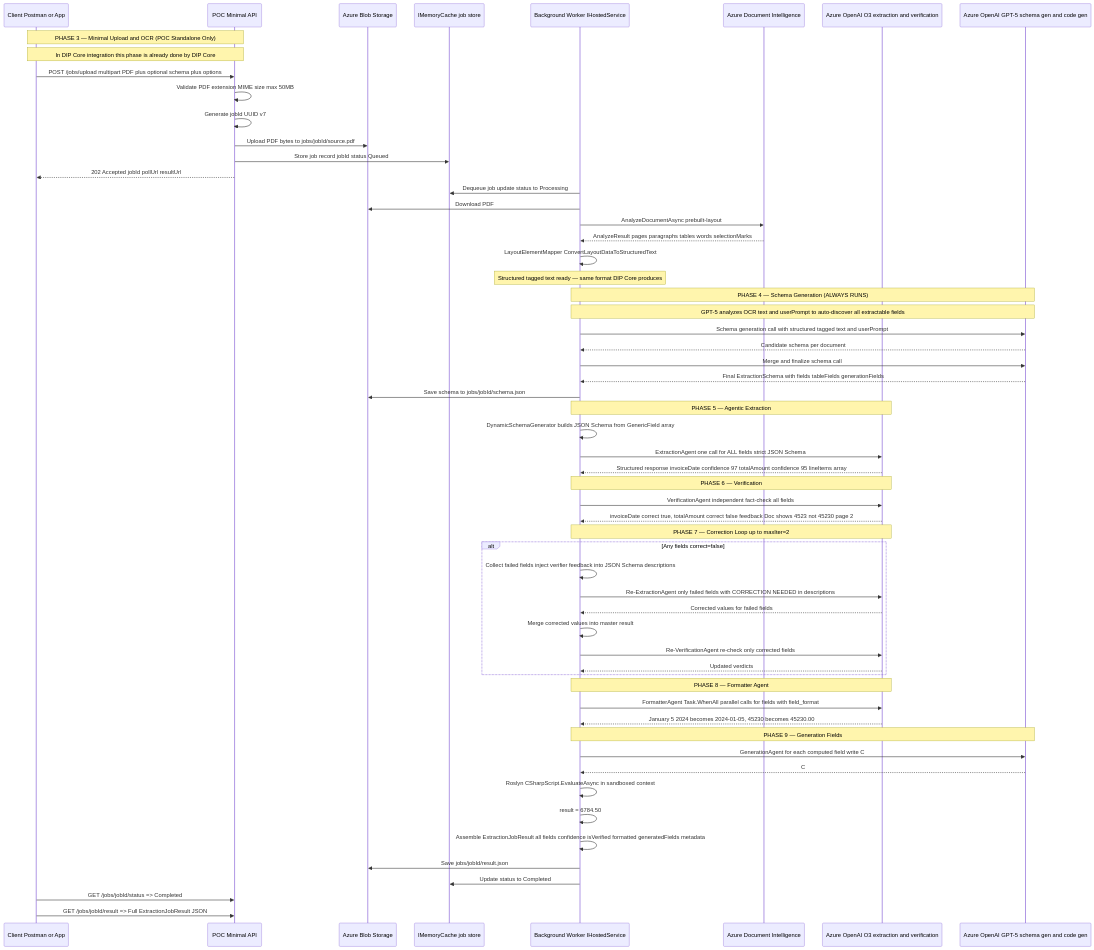
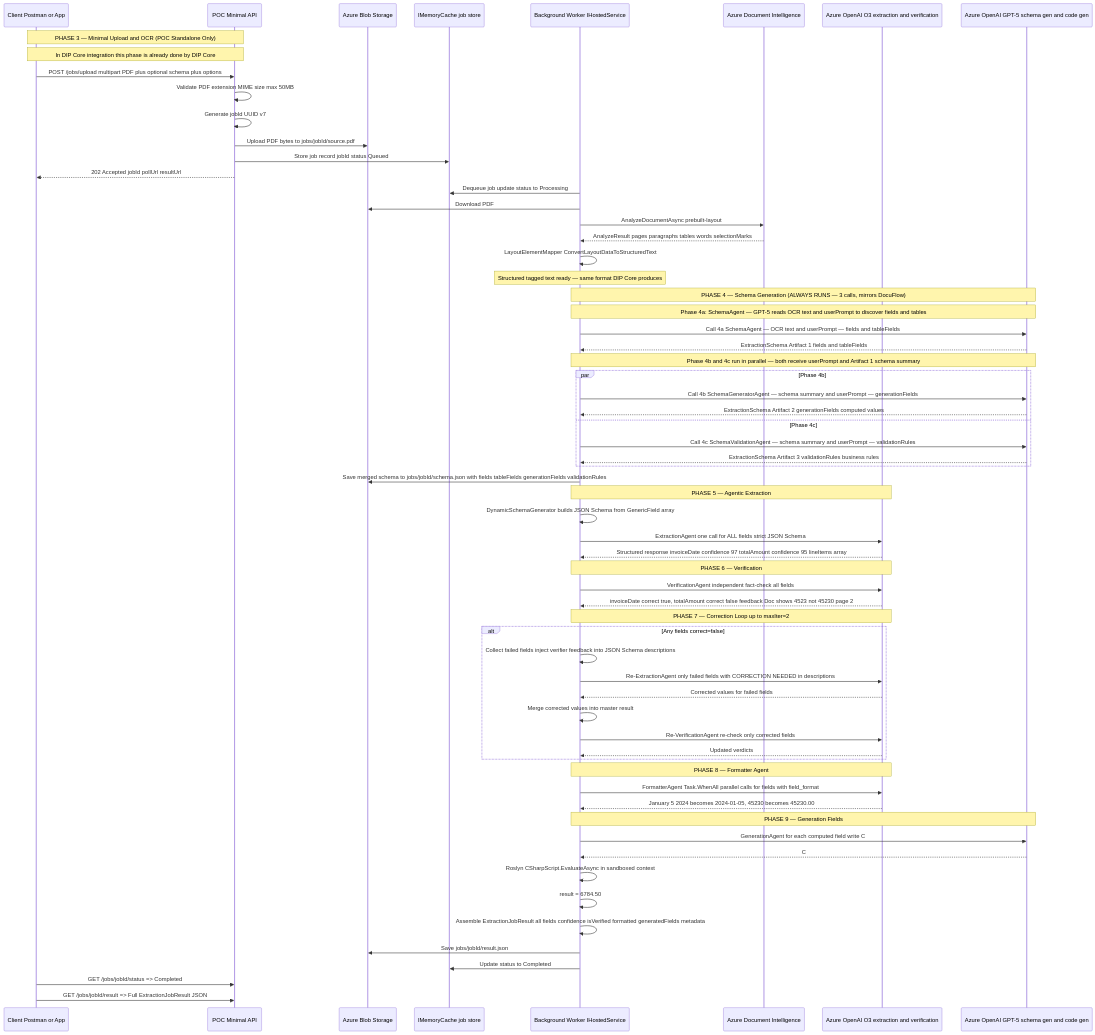
Before and after one commit to Vikky9135/Document_Extraction_POC: the third of 14 diagrams in reference/POC_AGENTIC_EXTRACTION_PLAN.md, drawn with Mermaid. The commit also changed other lines of this file and 1 other file, not shown here.

```diff
--- a/reference/POC_AGENTIC_EXTRACTION_PLAN.md
+++ b/reference/POC_AGENTIC_EXTRACTION_PLAN.md
@@ -238,14 +239,23 @@
     BG->>BG: LayoutElementMapper ConvertLayoutDataToStructuredText
     Note over BG: Structured tagged text ready — same format DIP Core produces
 
-    Note over BG,OAI_5: PHASE 4 — Schema Generation (ALWAYS RUNS)
-    Note over BG,OAI_5: GPT-5 analyzes OCR text and userPrompt to auto-discover all extractable fields
+    Note over BG,OAI_5: PHASE 4 — Schema Generation (ALWAYS RUNS — 3 calls, mirrors DocuFlow)
+    Note over BG,OAI_5: Phase 4a: SchemaAgent — GPT-5 reads OCR text and userPrompt to discover fields and tables
 
-    BG->>OAI_5: Schema generation call with structured tagged text and userPrompt
-    OAI_5-->>BG: Candidate schema per document
-    BG->>OAI_5: Merge and finalize schema call
-    OAI_5-->>BG: Final ExtractionSchema with fields tableFields generationFields
-    BG->>BLOB: Save schema to jobs/jobId/schema.json
+    BG->>OAI_5: Call 4a SchemaAgent — OCR text and userPrompt — fields and tableFields
+    OAI_5-->>BG: ExtractionSchema Artifact 1 fields and tableFields
+
+    Note over BG,OAI_5: Phase 4b and 4c run in parallel — both receive userPrompt and Artifact 1 schema summary
+
+    par Phase 4b
+        BG->>OAI_5: Call 4b SchemaGeneratorAgent — schema summary and userPrompt — generationFields
+        OAI_5-->>BG: ExtractionSchema Artifact 2 generationFields computed values
+    and Phase 4c
+        BG->>OAI_5: Call 4c SchemaValidationAgent — schema summary and userPrompt — validationRules
+        OAI_5-->>BG: ExtractionSchema Artifact 3 validationRules business rules
+    end
+
+    BG->>BLOB: Save merged schema to jobs/jobId/schema.json with fields tableFields generationFields validationRules
 
     Note over BG,OAI_O3: PHASE 5 — Agentic Extraction
 
```
